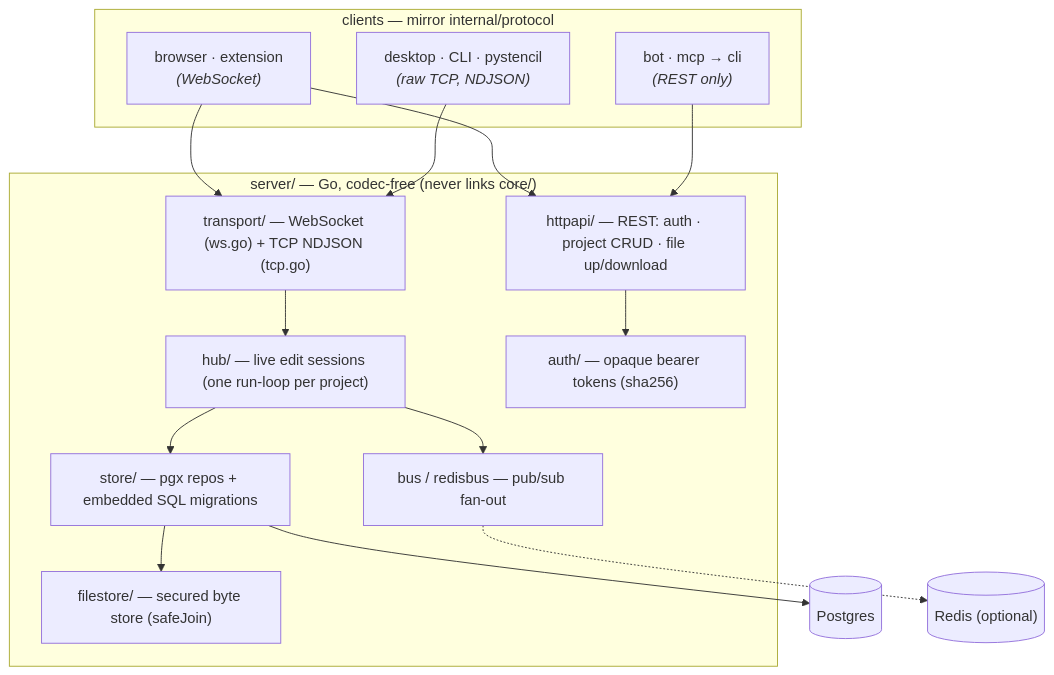
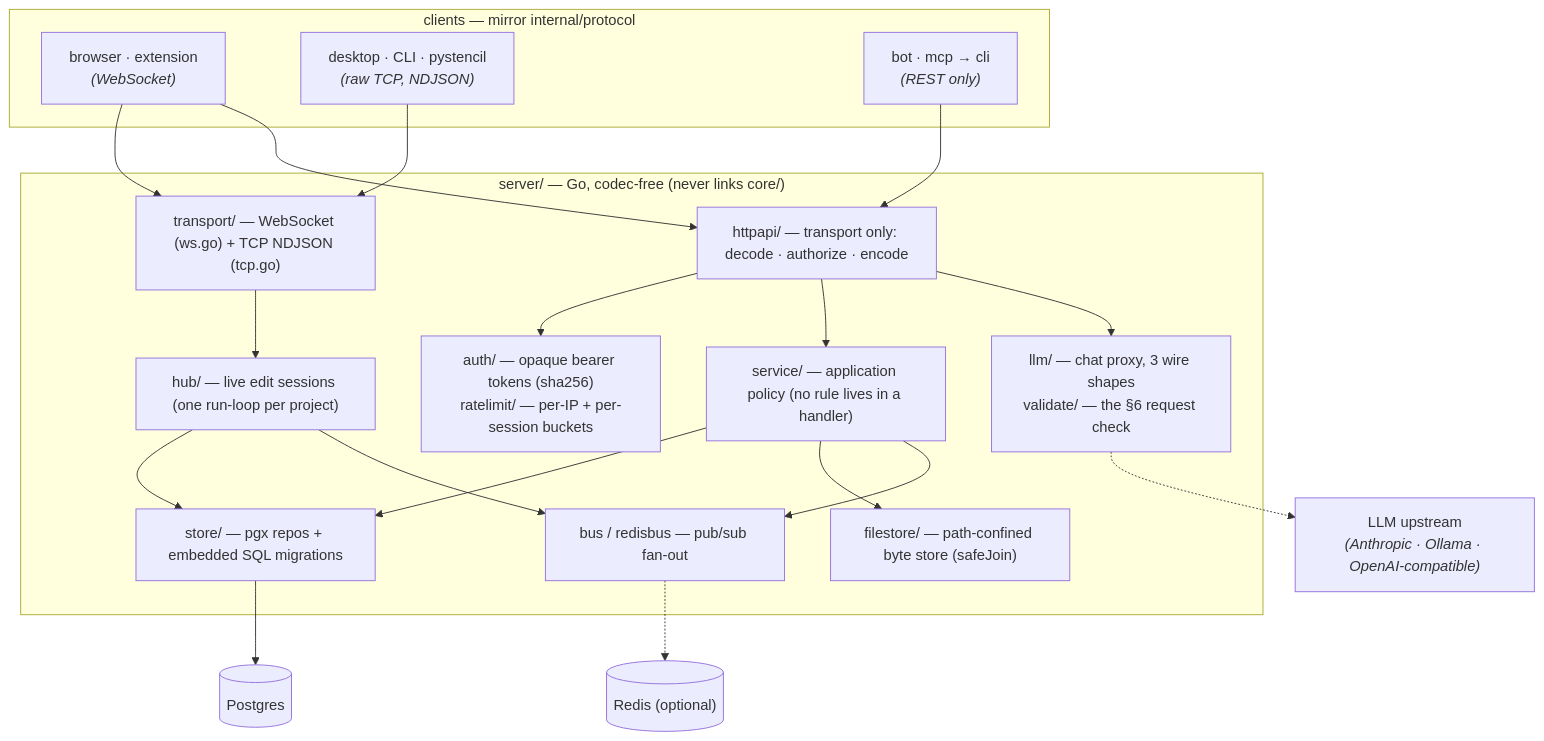
One commit to andrew1407/stencil changed the diagram in server/README.md. Above: the diagram before and after it, drawn with Mermaid. The commit also changed other lines of this file and 3128 other files, not shown here.

````diff
--- a/server/README.md
+++ b/server/README.md
@@ -12,31 +13,39 @@
 ```mermaid
 graph TD
     subgraph CLIENTS["clients — mirror internal/protocol"]
       WS["browser · extension<br/><i>(WebSocket)</i>"]
       TCP["desktop · CLI · pystencil<br/><i>(raw TCP, NDJSON)</i>"]
       REST["bot · mcp → cli<br/><i>(REST only)</i>"]
     end
     subgraph SRV["server/ — Go, codec-free (never links core/)"]
-      API["httpapi/ — REST: auth · project CRUD · file up/download"]
+      API["httpapi/ — transport only: decode · authorize · encode"]
       TRANS["transport/ — WebSocket (ws.go) + TCP NDJSON (tcp.go)"]
+      SVC["service/ — application policy (no rule lives in a handler)"]
       HUB["hub/ — live edit sessions (one run-loop per project)"]
-      AUTH["auth/ — opaque bearer tokens (sha256)"]
+      AUTH["auth/ — opaque bearer tokens (sha256)<br/>ratelimit/ — per-IP + per-session buckets"]
+      LLM["llm/ — chat proxy, 3 wire shapes<br/>validate/ — the §6 request check"]
       STORE["store/ — pgx repos + embedded SQL migrations"]
-      FILES["filestore/ — secured byte store (safeJoin)"]
+      FILES["filestore/ — path-confined byte store (safeJoin)"]
       BUS["bus / redisbus — pub/sub fan-out"]
     end
     PG[("Postgres")]
     RD[("Redis (optional)")]
+    UP["LLM upstream<br/><i>(Anthropic · Ollama · OpenAI-compatible)</i>"]
 
     WS --> TRANS
     TCP --> TRANS
     WS --> API
     REST --> API
     API --> AUTH
+    API --> SVC
+    API --> LLM
+    LLM -.-> UP
     TRANS --> HUB
+    SVC --> STORE
+    SVC --> FILES
+    SVC --> BUS
     HUB --> STORE
     HUB --> BUS
     STORE --> PG
-    STORE --> FILES
     BUS -.-> RD
 ```
````
